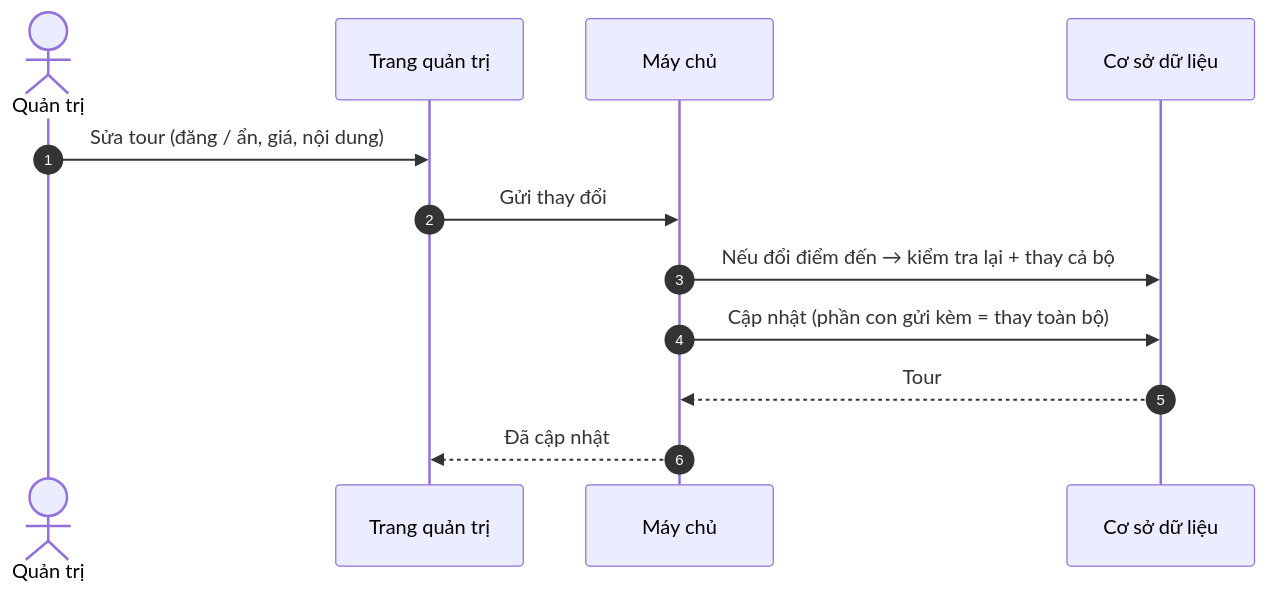
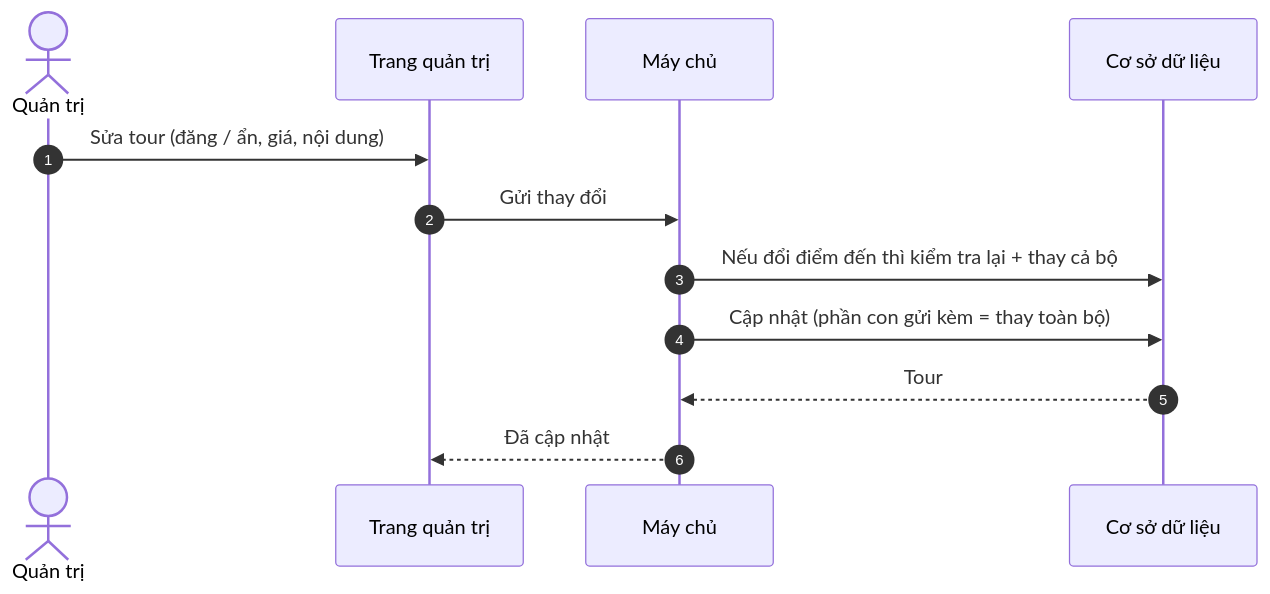
Before and after one commit to yurivolkov21/Tourism-Platform: diagram 16 of 36 in docs/03-reference/diagrams-admin.md, drawn with Mermaid. The commit also changed other lines of this file and 3 other files, not shown here.

First line of the commit message:
docs(reference): fix Mermaid rendering — drop ; and unicode arrows from messages

````diff
--- a/docs/03-reference/diagrams-admin.md
+++ b/docs/03-reference/diagrams-admin.md
@@ -320,14 +320,14 @@
 ```mermaid
 sequenceDiagram
     autonumber
     actor AD as Quản trị
     participant FE as Trang quản trị
     participant API as Máy chủ
     participant DB as Cơ sở dữ liệu
     AD->>FE: Sửa tour (đăng / ẩn, giá, nội dung)
     FE->>API: Gửi thay đổi
-    API->>DB: Nếu đổi điểm đến → kiểm tra lại + thay cả bộ
+    API->>DB: Nếu đổi điểm đến thì kiểm tra lại + thay cả bộ
     API->>DB: Cập nhật (phần con gửi kèm = thay toàn bộ)
     DB-->>API: Tour
     API-->>FE: Đã cập nhật
 ```
````
